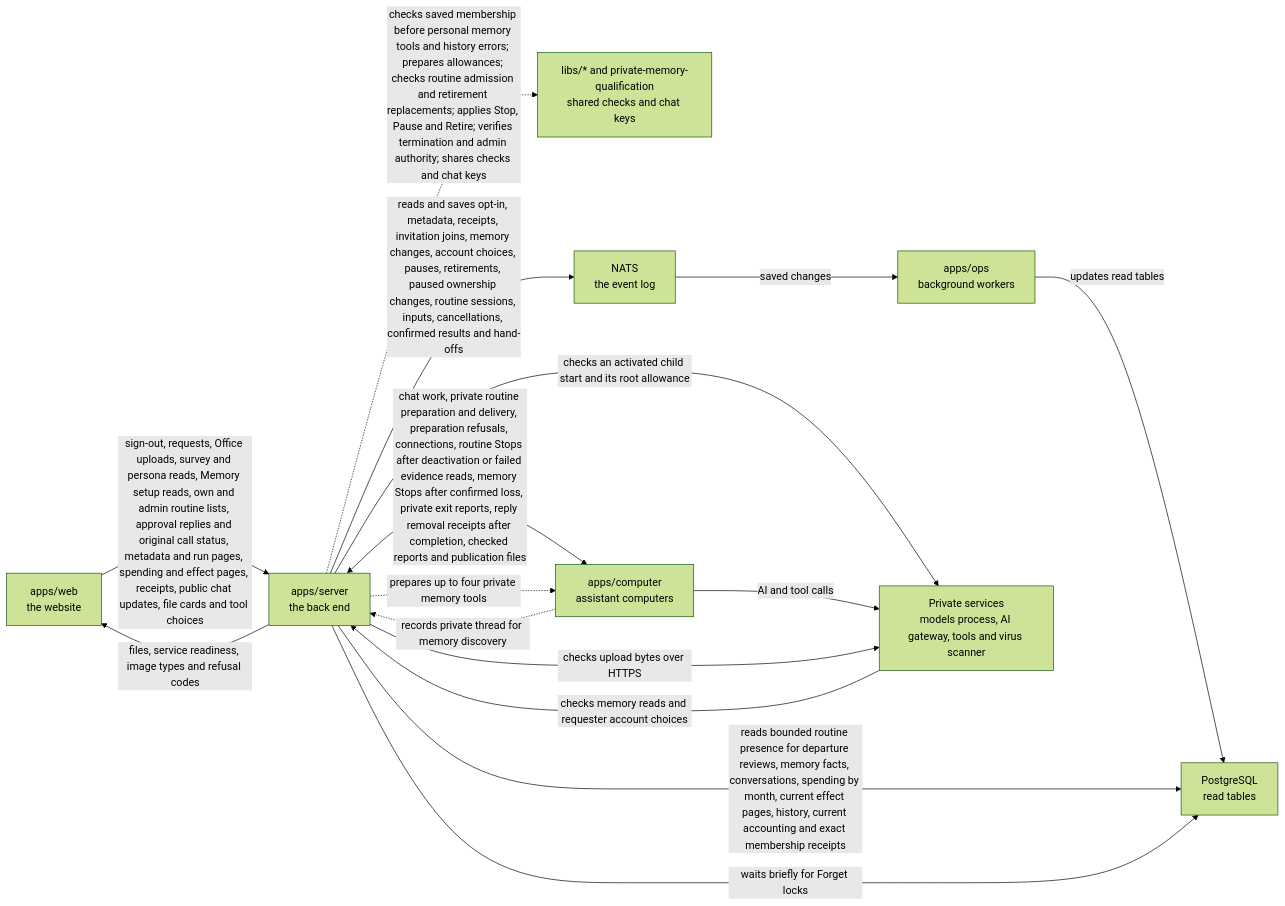
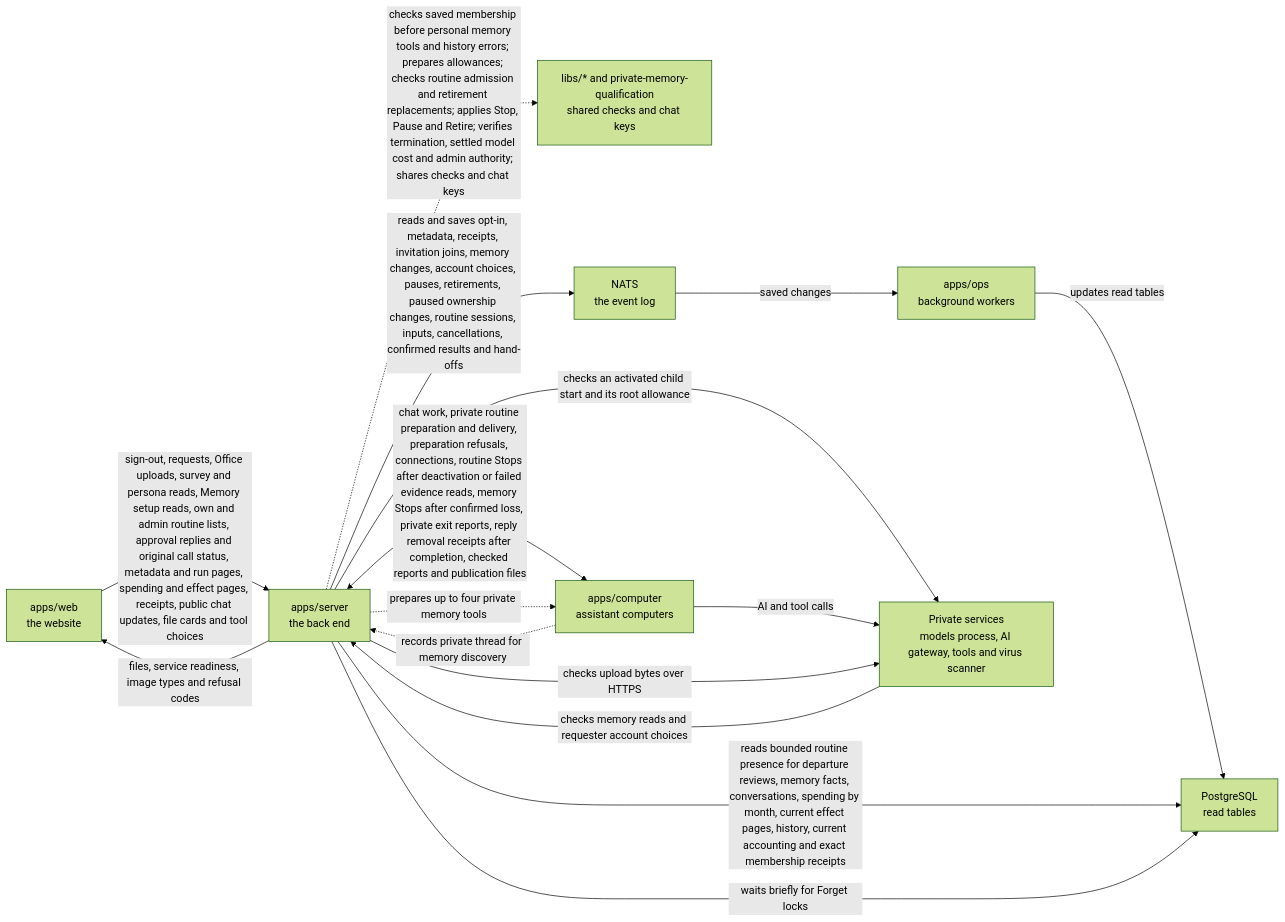
Before and after one commit to elewa-git/opencrane-new: the diagram in apps/server/README.md, drawn with Mermaid (forest theme). The commit also changed other lines of this file and 8 other files, not shown here.

Commit message:
🔧 Verify approved routine charges before success

````diff
--- a/apps/server/README.md
+++ b/apps/server/README.md
@@ -200,18 +201,18 @@
 ```mermaid
 flowchart LR
   web["apps/web<br/>the website"] -->|sign-out, requests, Office uploads, survey and persona reads, Memory setup reads, own and admin routine lists, approval replies and original call status, metadata and run pages, spending and effect pages, receipts, public chat updates, file cards and tool choices| server["apps/server<br/>the back end"]
-  server -.->|checks saved membership before personal memory tools and history errors; prepares allowances; checks routine admission and retirement replacements; applies Stop, Pause and Retire; verifies termination and admin authority; shares checks and chat keys| libs["libs/* and private-memory-qualification<br/>shared checks and chat keys"]
+  server -.->|checks saved membership before personal memory tools and history errors; prepares allowances; checks routine admission and retirement replacements; applies Stop, Pause and Retire; verifies termination, settled model cost and admin authority; shares checks and chat keys| libs["libs/* and private-memory-qualification<br/>shared checks and chat keys"]
   server -->|reads and saves opt-in, metadata, receipts, invitation joins, memory changes, account choices, pauses, retirements, paused ownership changes, routine sessions, inputs, cancellations, confirmed results and hand-offs| nats["NATS<br/>the event log"]
   nats -->|saved changes| ops["apps/ops<br/>background workers"]
   ops -->|updates read tables| postgres["PostgreSQL<br/>read tables"]
   server -->|reads bounded routine presence for departure reviews, memory facts, conversations, spending by month, current effect pages, history, current accounting and exact membership receipts| postgres
   server -->|waits briefly for Forget locks| postgres
   server <-->|chat work, private routine preparation and delivery, preparation refusals, connections, routine Stops after deactivation or failed evidence reads, memory Stops after confirmed loss, private exit reports, reply removal receipts after completion, checked reports and publication files| computer["apps/computer<br/>assistant computers"]
   server -->|checks an activated child start and its root allowance| runtime
   computer -.->|records private thread for memory discovery| server
   server -.->|prepares up to four private memory tools| computer
   computer -->|AI and tool calls| runtime["Private services<br/>models process, AI gateway, tools and virus scanner"]
   server -->|files, service readiness, image types and refusal codes| web
   server -->|checks upload bytes over HTTPS| runtime
   runtime -->|checks memory reads and requester account choices| server
 ```
````
